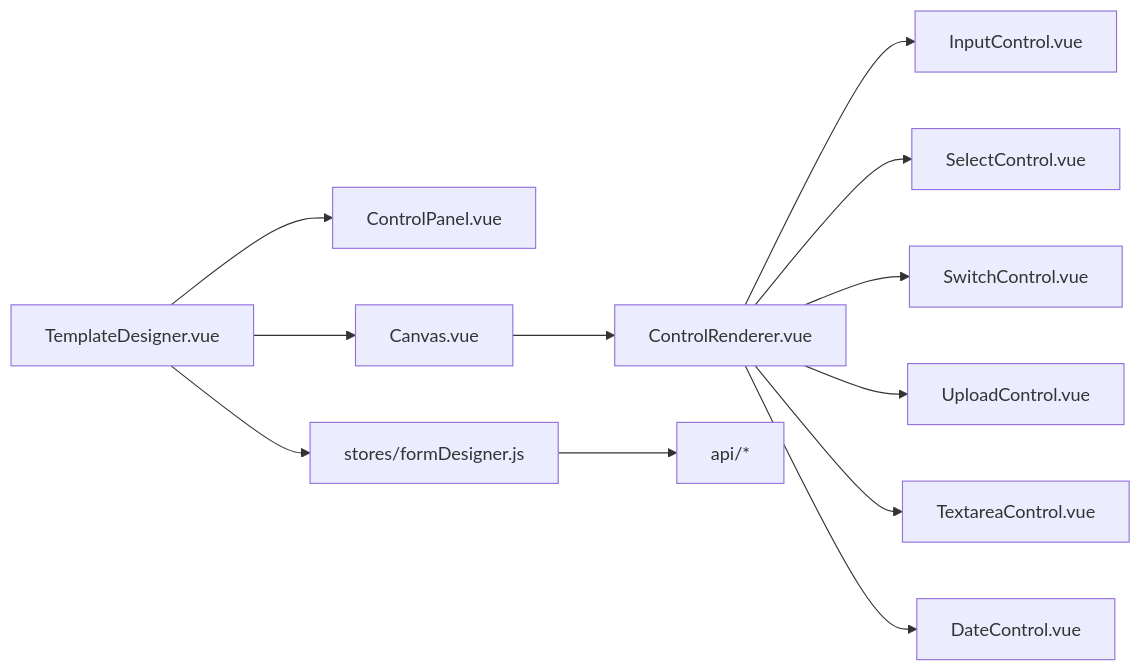
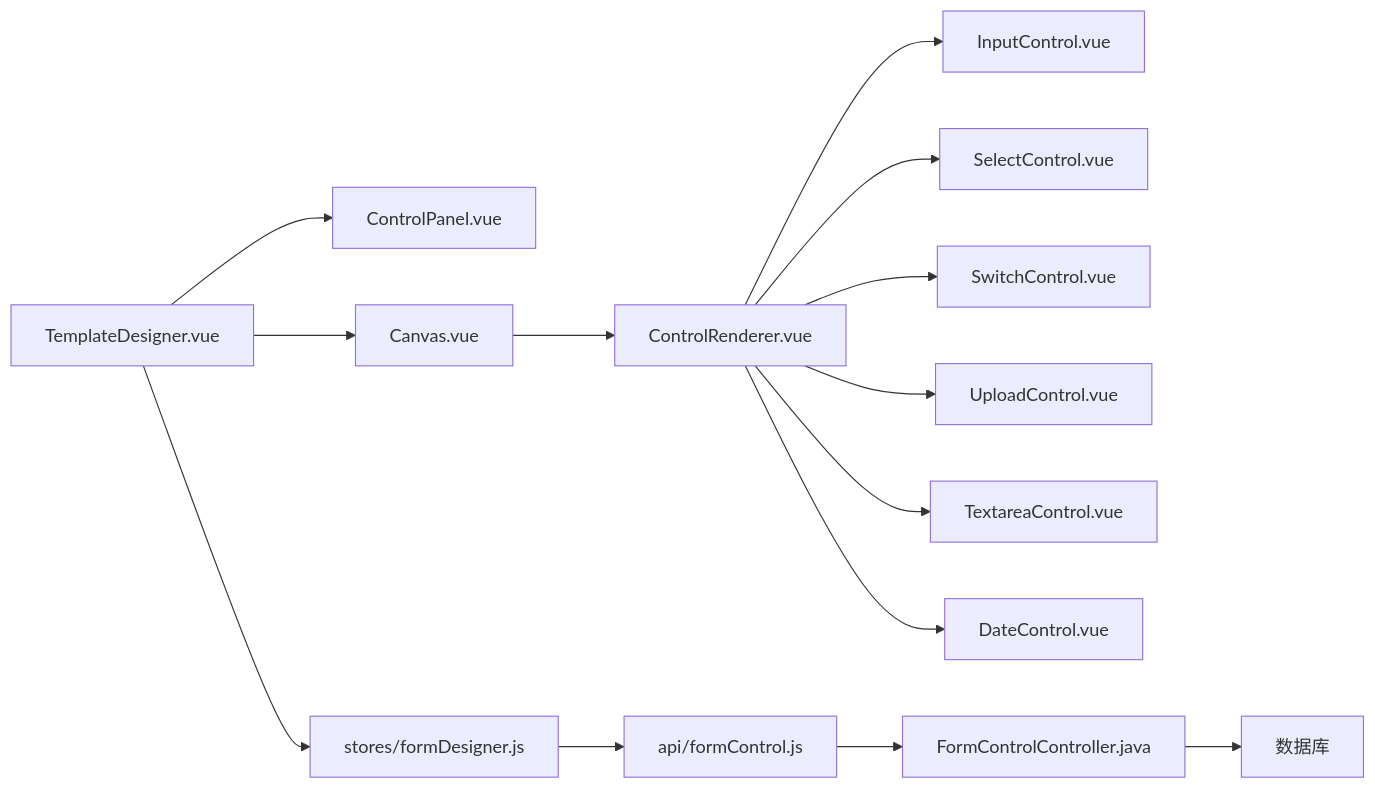
Diagram 11 of 11 in .qoder/repowiki/zh/content/前端架构设计/拖拽式表单设计器.md (NJMrLi/genetics), drawn with Mermaid before and after one commit. The commit also changed other lines of this file and 19 other files, not shown here.

````diff
--- a/.qoder/repowiki/zh/content/前端架构设计/拖拽式表单设计器.md
+++ b/.qoder/repowiki/zh/content/前端架构设计/拖拽式表单设计器.md
@@ -378,14 +476,16 @@
 ```mermaid
 graph LR
 TD["TemplateDesigner.vue"] --> CP["ControlPanel.vue"]
 TD --> CV["Canvas.vue"]
 CV --> CR["ControlRenderer.vue"]
 CR --> C1["InputControl.vue"]
 CR --> C2["SelectControl.vue"]
 CR --> C3["SwitchControl.vue"]
 CR --> C4["UploadControl.vue"]
 CR --> C5["TextareaControl.vue"]
 CR --> C6["DateControl.vue"]
 TD --> ST["stores/formDesigner.js"]
-ST --> API["api/*"]
+ST --> API["api/formControl.js"]
+API --> FC["FormControlController.java"]
+FC --> DB["数据库"]
 ```
````
